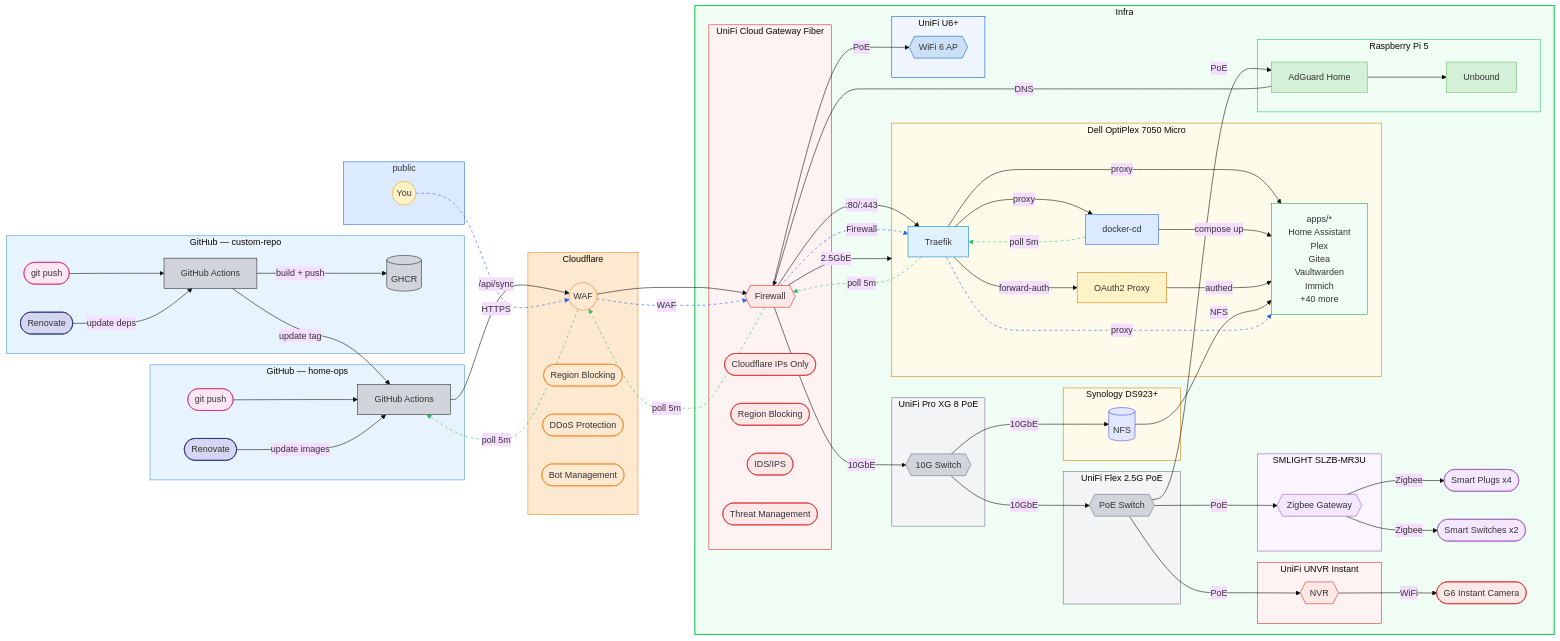
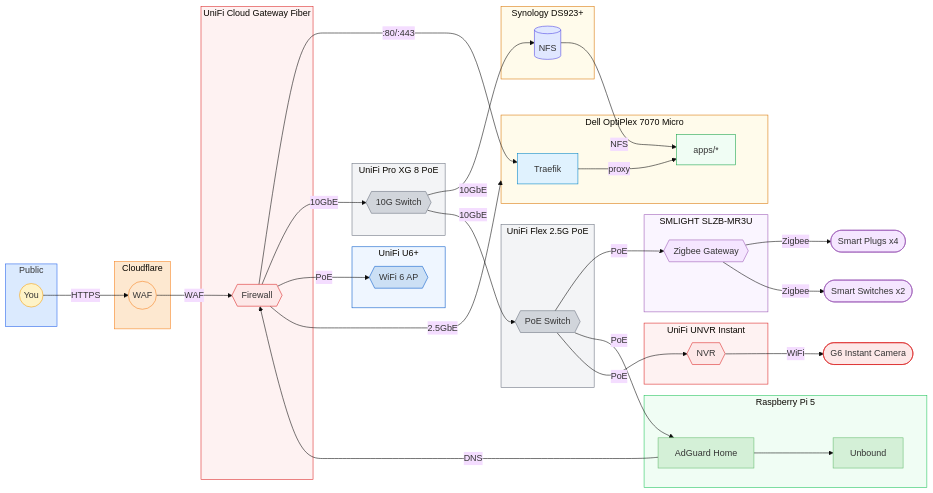
Before and after one commit to wajeht/home-ops: the diagram in README.md, drawn with Mermaid (base theme). The commit also changed other lines of this file, not shown here.

Commit message:
docs: update README with new diagram and sections

````diff
--- a/README.md
+++ b/README.md
@@ -13,158 +5,90 @@
 ```mermaid
 flowchart LR
-    subgraph app_repo["GitHub — custom-repo"]
-        app_push([git push])
-        app_renovate([Renovate])
-        ci[GitHub Actions]
-        ghcr[(GHCR)]
-    end
-
-    subgraph ops_repo["GitHub — home-ops"]
-        ops_push([git push])
-        ops_renovate([Renovate])
-        ops_ci[GitHub Actions]
-    end
-
-    app_push --> ci -->|build + push| ghcr
-    app_renovate -->|update deps| ci
-    ci -->|update tag| ops_ci
-    ops_push --> ops_ci
-    ops_renovate -->|update images| ops_ci
-    ops_ci -->|/api/sync| cf --> unifi -->|:80/:443| traefik -->|proxy| apps
-
-    subgraph public[public]
+    subgraph public[Public]
         you((You))
     end
 
     subgraph cloudflare[Cloudflare]
         cf((WAF))
-        cf_region([Region Blocking])
-        cf_ddos([DDoS Protection])
-        cf_bot([Bot Management])
     end
 
-    subgraph infra[Infra]
-        subgraph dell[Dell OptiPlex 7050 Micro]
-            docker_cd[docker-cd] -->|compose up| apps
-            traefik[Traefik] -->|proxy| docker_cd
-            traefik -->|forward-auth| oauth2_proxy[OAuth2 Proxy] -->|authed| apps
-
-            apps["apps/*
-            Home Assistant
-            Plex
-            Gitea
-            Vaultwarden
-            Immich
-            +40 more"]
-        end
-
-        subgraph nas[Synology DS923+]
-            nfs[(NFS)]
-        end
-
-        subgraph ucg[UniFi Cloud Gateway Fiber]
-            unifi{{Firewall}}
-            ucg_cf([Cloudflare IPs Only])
-            ucg_region([Region Blocking])
-            ucg_ids([IDS/IPS])
-            ucg_threat([Threat Management])
-        end
-
-        subgraph pi[Raspberry Pi 5]
-            adguard[AdGuard Home] --> unbound[Unbound]
-        end
-
-        subgraph slzb[SMLIGHT SLZB-MR3U]
-            zigbee{{Zigbee Gateway}}
-        end
-
-        zigbee -->|Zigbee| plugs([Smart Plugs x4])
-        zigbee -->|Zigbee| switches([Smart Switches x2])
-
-        subgraph uswproxg[UniFi Pro XG 8 PoE]
-            xg{{10G Switch}}
-        end
-
-        subgraph uswflex[UniFi Flex 2.5G PoE]
-            poe{{PoE Switch}}
-        end
-
-        subgraph u6[UniFi U6+]
-            ap{{WiFi 6 AP}}
-        end
-
-        subgraph unvr[UniFi UNVR Instant]
-            nvr{{NVR}}
-        end
-
-        nfs -->|NFS| apps
-        adguard -->|DNS| unifi
-        unifi -->|10GbE| xg
-        xg -->|10GbE| nfs
-        xg -->|10GbE| poe
-        unifi -->|2.5GbE| dell
-        unifi -->|PoE| ap
-        poe -->|PoE| zigbee
-        poe -->|PoE| adguard
-        poe -->|PoE| nvr
-        nvr -->|WiFi| camera([G6 Instant Camera])
+    subgraph ucg[UniFi Cloud Gateway Fiber]
+        unifi{{Firewall}}
     end
 
-    docker_cd -.->|poll 5m| traefik -.->|poll 5m| unifi -.->|poll 5m| cf -.->|poll 5m| ops_ci
-    you -.->|HTTPS| cf -.->|WAF| unifi -.->|Firewall| traefik -.->|proxy| apps
+    subgraph uswproxg[UniFi Pro XG 8 PoE]
+        xg{{10G Switch}}
+    end
 
-    style app_repo fill:#e8f4fd,stroke:#4a90d9
-    style ops_repo fill:#e8f4fd,stroke:#4a90d9
+    subgraph uswflex[UniFi Flex 2.5G PoE]
+        poe{{PoE Switch}}
+    end
+
+    subgraph k3s_node[Dell OptiPlex 7070 Micro]
+        traefik[Traefik] -->|proxy| apps
+        apps["apps/*"]
+    end
+
+    subgraph nas[Synology DS923+]
+        nfs[(NFS)]
+    end
+
+    subgraph pi[Raspberry Pi 5]
+        adguard[AdGuard Home] --> unbound[Unbound]
+    end
+
+    subgraph u6[UniFi U6+]
+        ap{{WiFi 6 AP}}
+    end
+
+    subgraph unvr[UniFi UNVR Instant]
+        nvr{{NVR}}
+    end
+
+    subgraph slzb[SMLIGHT SLZB-MR3U]
+        zigbee{{Zigbee Gateway}}
+    end
+
+    you -->|HTTPS| cf -->|WAF| unifi -->|:80/:443| traefik
+    nfs -->|NFS| apps
+    adguard -->|DNS| unifi
+    unifi -->|10GbE| xg
+    xg -->|10GbE| nfs
+    xg -->|10GbE| poe
+    unifi -->|2.5GbE| k3s_node
+    unifi -->|PoE| ap
+    poe -->|PoE| zigbee
+    poe -->|PoE| adguard
+    poe -->|PoE| nvr
+    nvr -->|WiFi| camera([G6 Instant Camera])
+    zigbee -->|Zigbee| plugs([Smart Plugs x4])
+    zigbee -->|Zigbee| switches([Smart Switches x2])
+
     style public fill:#dbeafe,stroke:#2563eb,color:#333
-    style infra fill:#f0fdf4,stroke:#22c55e,stroke-width:2px
     style cloudflare fill:#fde8d0,stroke:#f6821f
     style cf fill:#fde8d0,stroke:#f6821f,color:#333
-    style cf_region fill:#fde8d0,stroke:#f6821f,color:#333
-    style cf_ddos fill:#fde8d0,stroke:#f6821f,color:#333
-    style cf_bot fill:#fde8d0,stroke:#f6821f,color:#333
     style you fill:#fef3c7,stroke:#f59e0b,color:#333
-    style ucg_cf fill:#fde8e8,stroke:#dc2626,color:#333
-    style ucg_region fill:#fde8e8,stroke:#dc2626,color:#333
-    style ucg_ids fill:#fde8e8,stroke:#dc2626,color:#333
-    style ucg_threat fill:#fde8e8,stroke:#dc2626,color:#333
-    style ghcr fill:#d1d5db,stroke:#24292e,color:#333
-    classDef gha fill:#d1d5db,stroke:#24292e,color:#333
-    class ci,ops_ci gha
-    style app_renovate fill:#d5d7f2,stroke:#1a1f6c,color:#333
-    style ops_renovate fill:#d5d7f2,stroke:#1a1f6c,color:#333
-    style adguard fill:#d4f0d7,stroke:#68bc71,color:#333
-    style unbound fill:#d4f0d7,stroke:#68bc71,color:#333
+    style ucg fill:#fef2f2,stroke:#dc2626
     style unifi fill:#fde8e8,stroke:#dc2626,color:#333
-    style zigbee fill:#f5e6ff,stroke:#9b59b6,color:#333
-    style poe fill:#d1d5db,stroke:#6b7280,color:#333
-    style ap fill:#cce0f5,stroke:#0559c9,color:#333
-    style traefik fill:#e0f2fe,stroke:#0284c7,color:#333
-    style docker_cd fill:#dbeafe,stroke:#2563eb,color:#333
-    style oauth2_proxy fill:#fef3c7,stroke:#d97706,color:#333
-    style apps fill:#f0fdf4,stroke:#16a34a,color:#333
-    style nfs fill:#e0e7ff,stroke:#4f46e5,color:#333
-    classDef trigger fill:#fce7f3,stroke:#db2777,color:#333
-    class app_push,ops_push trigger
-    style dell fill:#fffbeb,stroke:#d97706
-    style nas fill:#fffbeb,stroke:#d97706
-    style ucg fill:#fef2f2,stroke:#dc2626
-    style pi fill:#f0fdf4,stroke:#22c55e
-    style slzb fill:#faf5ff,stroke:#9b59b6
     style uswproxg fill:#f3f4f6,stroke:#6b7280
     style xg fill:#d1d5db,stroke:#6b7280,color:#333
     style uswflex fill:#f3f4f6,stroke:#6b7280
+    style poe fill:#d1d5db,stroke:#6b7280,color:#333
+    style k3s_node fill:#fffbeb,stroke:#d97706
+    style traefik fill:#e0f2fe,stroke:#0284c7,color:#333
+    style apps fill:#f0fdf4,stroke:#16a34a,color:#333
+    style nas fill:#fffbeb,stroke:#d97706
+    style nfs fill:#e0e7ff,stroke:#4f46e5,color:#333
+    style pi fill:#f0fdf4,stroke:#22c55e
+    style adguard fill:#d4f0d7,stroke:#68bc71,color:#333
+    style unbound fill:#d4f0d7,stroke:#68bc71,color:#333
     style u6 fill:#eff6ff,stroke:#0559c9
+    style ap fill:#cce0f5,stroke:#0559c9,color:#333
     style unvr fill:#fef2f2,stroke:#dc2626
     style nvr fill:#fde8e8,stroke:#dc2626,color:#333
     style camera fill:#fde8e8,stroke:#dc2626,color:#333
+    style slzb fill:#faf5ff,stroke:#9b59b6
+    style zigbee fill:#f5e6ff,stroke:#9b59b6,color:#333
     style plugs fill:#f5e6ff,stroke:#9b59b6,color:#333
     style switches fill:#f5e6ff,stroke:#9b59b6,color:#333
-    linkStyle 28 stroke:#22c55e,stroke-dasharray:5
-    linkStyle 29 stroke:#22c55e,stroke-dasharray:5
-    linkStyle 30 stroke:#22c55e,stroke-dasharray:5
-    linkStyle 31 stroke:#22c55e,stroke-dasharray:5
-    linkStyle 32 stroke:#2563eb,stroke-dasharray:5
-    linkStyle 33 stroke:#2563eb,stroke-dasharray:5
-    linkStyle 34 stroke:#2563eb,stroke-dasharray:5
-    linkStyle 35 stroke:#2563eb,stroke-dasharray:5
 ```
````
